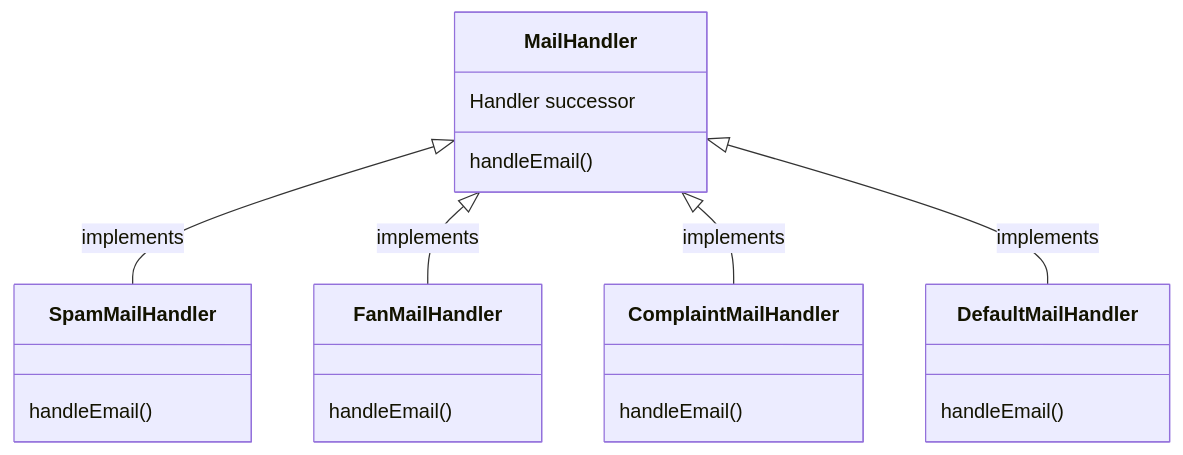
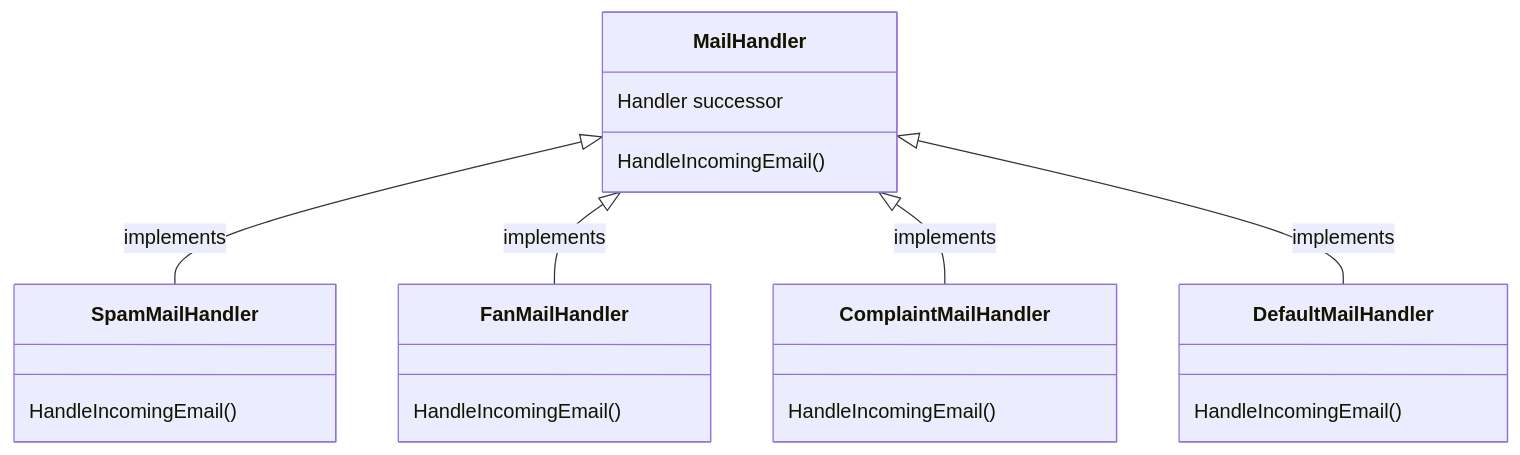
Before and after one commit to kaiosilveira/design-patterns: the first of 2 diagrams in chain-of-responsibility/MightyGumballMailing/README.md, drawn with Mermaid. The commit also changed other lines of this file, not shown here.

````diff
--- a/chain-of-responsibility/MightyGumballMailing/README.md
+++ b/chain-of-responsibility/MightyGumballMailing/README.md
@@ -1,29 +9,29 @@
 ```mermaid
 classDiagram
 
 class MailHandler {
     Handler successor
-    handleEmail()
+    HandleIncomingEmail()
 }
 
 class SpamMailHandler {
-    handleEmail()
+    HandleIncomingEmail()
 }
 
 class FanMailHandler {
-    handleEmail()
+    HandleIncomingEmail()
 }
 
 class ComplaintMailHandler {
-    handleEmail()
+    HandleIncomingEmail()
 }
 
 class DefaultMailHandler {
-    handleEmail()
+    HandleIncomingEmail()
 }
 
 MailHandler <|-- SpamMailHandler : implements
 MailHandler <|-- FanMailHandler : implements
 MailHandler <|-- ComplaintMailHandler : implements
 MailHandler <|-- DefaultMailHandler : implements
 ```
````
